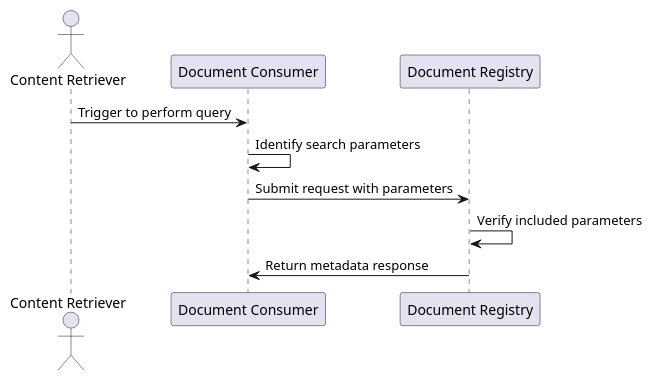
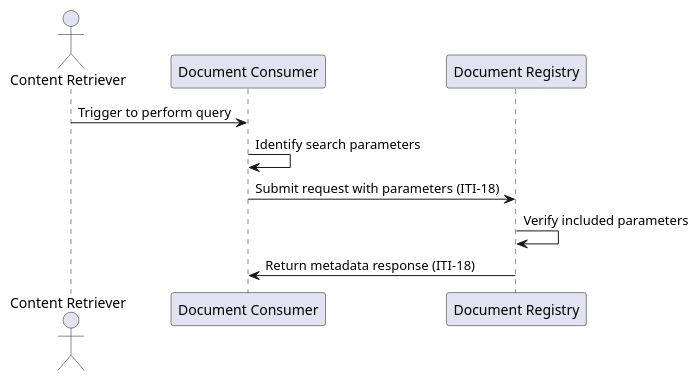
The diagram in puml/sequence-r1.puml (medcomdk/dk-medcom-document), drawn with PlantUML before and after one commit. The commit also changed 9 other files, not shown here.

Commit message:
Updated sequence diagrams

```diff
--- a/puml/sequence-r1.puml
+++ b/puml/sequence-r1.puml
@@ -1,11 +1,11 @@
 @startuml
 actor "Content Retriever" as CR
 participant "Document Consumer" as DC
 participant "Document Registry" as DReg
 
 CR -> DC: Trigger to perform query
 DC -> DC: Identify search parameters
-DC -> DReg: Submit request with parameters
+DC -> DReg: Submit request with parameters (ITI-18)
 DReg -> DReg: Verify included parameters
-DReg -> DC: Return metadata response
+DReg -> DC: Return metadata response (ITI-18)
 @enduml
```
